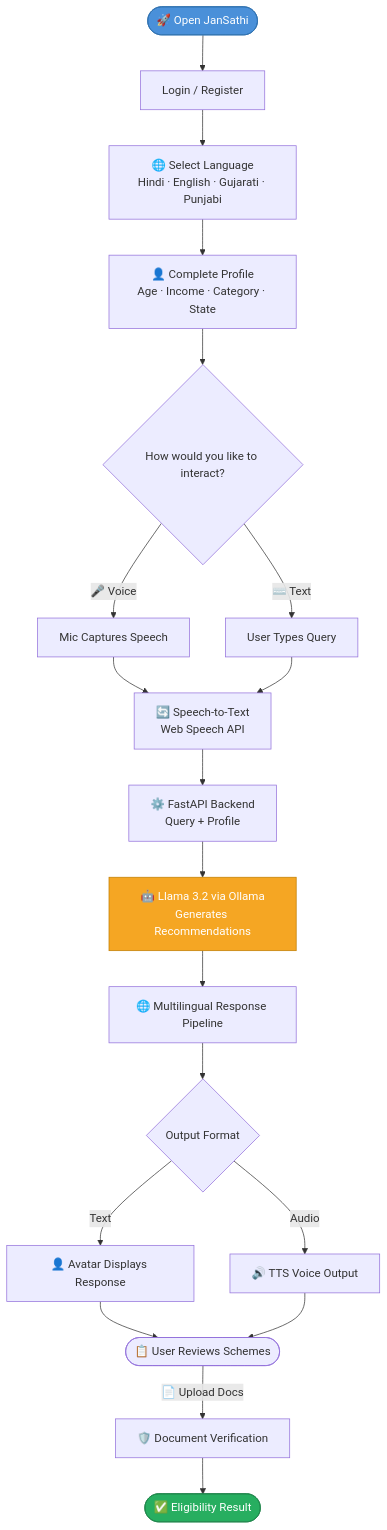
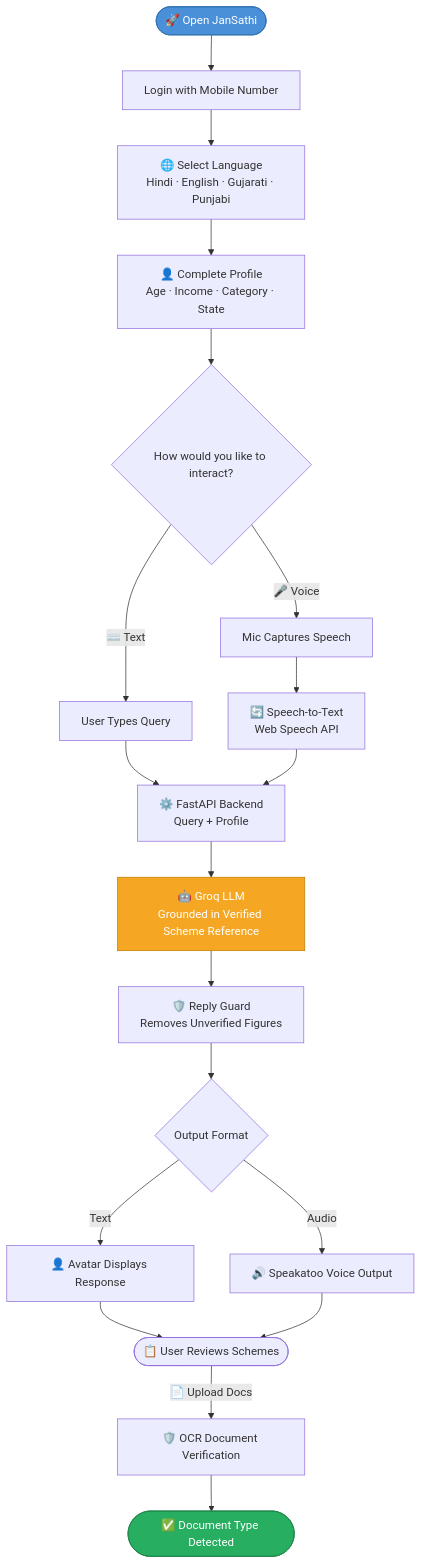
Before and after one commit to GhiyadShreya/Jansaathi: the second of 2 diagrams in README.md, drawn with Mermaid. The commit also changed other lines of this file, not shown here.

````diff
--- a/README.md
+++ b/README.md
@@ -117,31 +127,31 @@
 ```mermaid
 flowchart TD
-    A([🚀 Open JanSathi]) --> B[Login / Register]
+    A([🚀 Open JanSathi]) --> B[Login with Mobile Number]
     B --> C[🌐 Select Language\nHindi · English · Gujarati · Punjabi]
     C --> D[👤 Complete Profile\nAge · Income · Category · State]
     D --> E{How would you like to interact?}
 
     E -->|🎤 Voice| F[Mic Captures Speech]
     E -->|⌨️ Text| G[User Types Query]
 
     F --> H[🔄 Speech-to-Text\nWeb Speech API]
-    G --> H
+    G --> I
+    H --> I[⚙️ FastAPI Backend\nQuery + Profile]
 
-    H --> I[⚙️ FastAPI Backend\nQuery + Profile]
-    I --> J[🤖 Llama 3.2 via Ollama\nGenerates Recommendations]
-    J --> K[🌐 Multilingual Response Pipeline]
+    I --> J[🤖 Groq LLM\nGrounded in Verified Scheme Reference]
+    J --> K[🛡️ Reply Guard\nRemoves Unverified Figures]
 
     K --> L{Output Format}
     L -->|Text| M[👤 Avatar Displays Response]
-    L -->|Audio| N[🔊 TTS Voice Output]
+    L -->|Audio| N[🔊 Speakatoo Voice Output]
 
     M --> O([📋 User Reviews Schemes])
     N --> O
 
-    O -->|📄 Upload Docs| P[🛡️ Document Verification]
-    P --> Q([✅ Eligibility Result])
+    O -->|📄 Upload Docs| P[🛡️ OCR Document Verification]
+    P --> Q([✅ Document Type Detected])
 
     style A fill:#4A90D9,color:#fff,stroke:#2c6fad
     style J fill:#F5A623,color:#fff,stroke:#c07d00
     style Q fill:#27AE60,color:#fff,stroke:#1e8449
 ```
````
